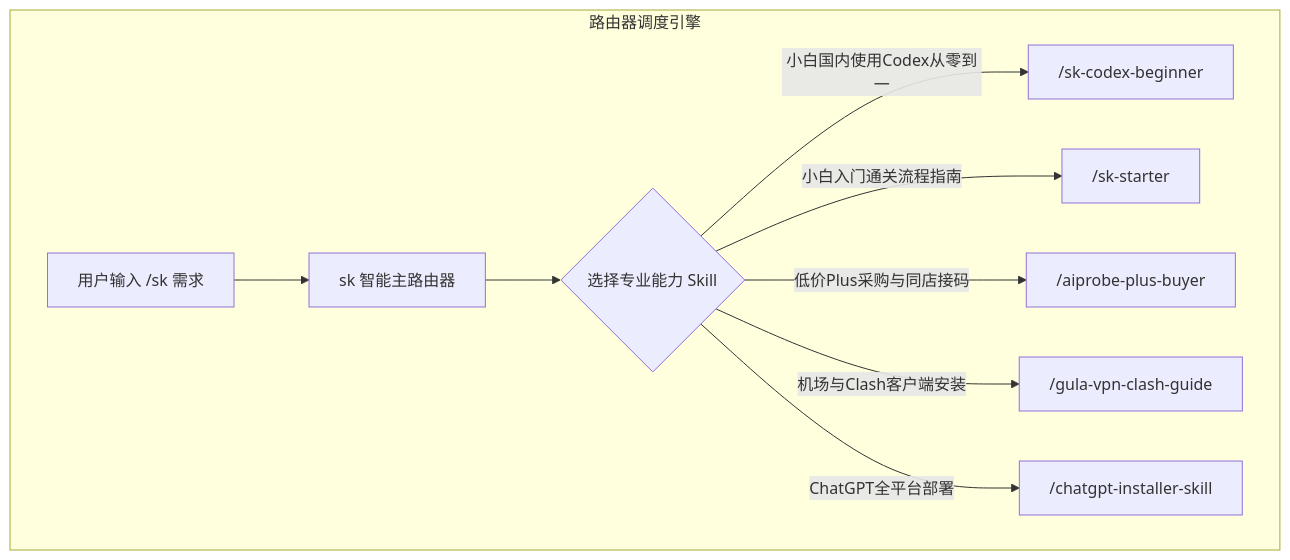
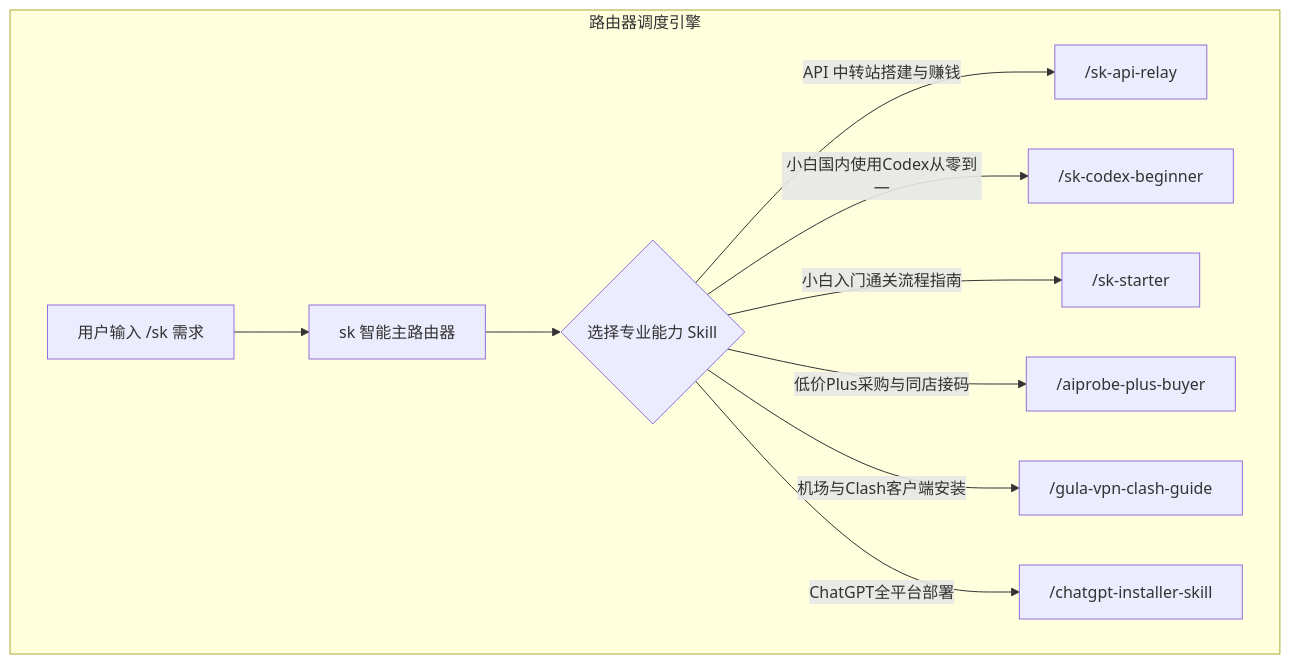
Before and after one commit to ss22219/skilldb: the diagram in README.md, drawn with Mermaid. The commit also changed other lines of this file and 6 other files, not shown here.

Commit message:
\ feat: add sk-api-relay-monetization skill for AI API Relay Proxy Station Monetization\

````diff
--- a/README.md
+++ b/README.md
@@ -38,12 +38,13 @@
 ```mermaid
 flowchart TD
     subgraph router ["路由器调度引擎"]
         A[用户输入 /sk 需求] --> B[sk 智能主路由器]
         B --> C{选择专业能力 Skill}
-        C -->|小白国内使用Codex从零到一| D["/sk-codex-beginner"]
-        C -->|小白入门通关流程指南| E["/sk-starter"]
-        C -->|低价Plus采购与同店接码| F["/aiprobe-plus-buyer"]
-        C -->|机场与Clash客户端安装| G["/gula-vpn-clash-guide"]
-        C -->|ChatGPT全平台部署| H["/chatgpt-installer-skill"]
+        C -->|API 中转站搭建与赚钱| D["/sk-api-relay"]
+        C -->|小白国内使用Codex从零到一| E["/sk-codex-beginner"]
+        C -->|小白入门通关流程指南| F["/sk-starter"]
+        C -->|低价Plus采购与同店接码| G["/aiprobe-plus-buyer"]
+        C -->|机场与Clash客户端安装| H["/gula-vpn-clash-guide"]
+        C -->|ChatGPT全平台部署| I["/chatgpt-installer-skill"]
     end
 ```
````
